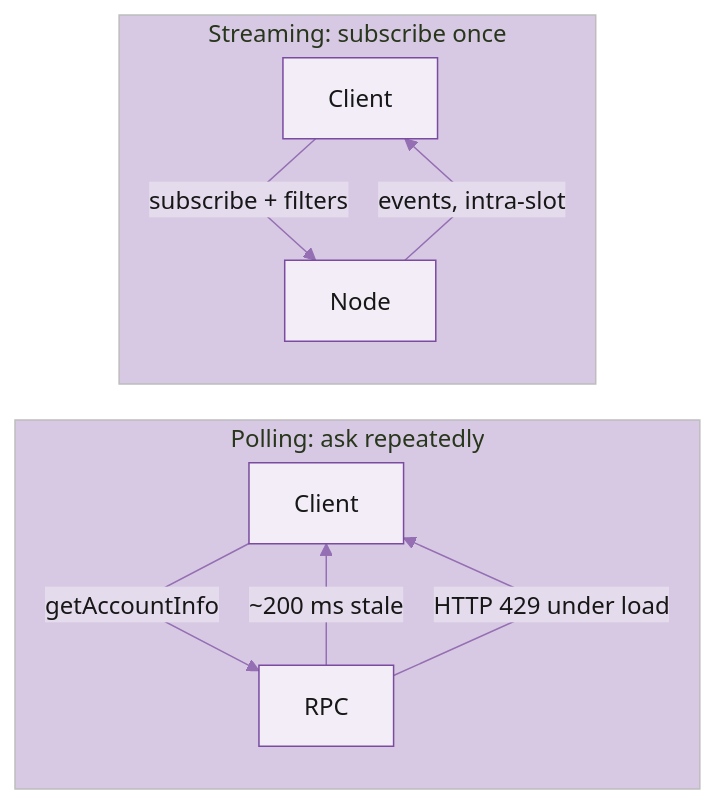
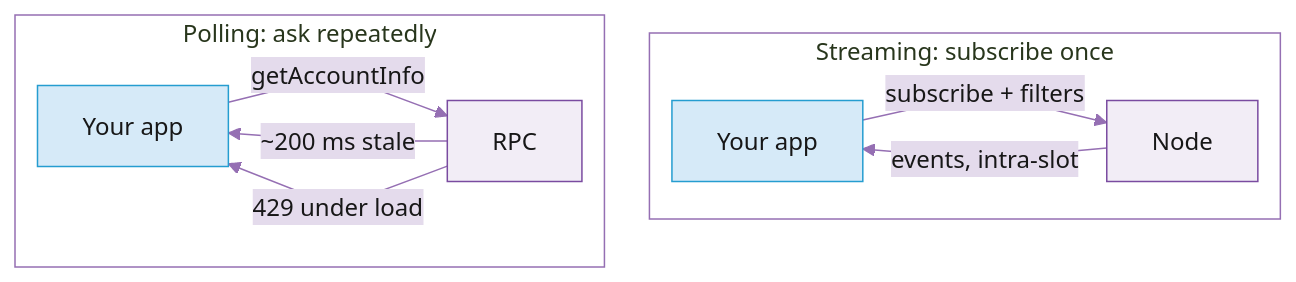
Before and after one commit to praptisharma28/triton-docs-v5: the diagram in documentation/real-time-streaming.md, drawn with Mermaid. The commit also changed 1 other file, not shown here.

Commit message:
Streaming diagram: match historical style (palette, blue 'Your app' boxes), side-by-side subgraphs via invisible link, transparent containers; drop text-color override on both diagrams' blue boxes

````diff
--- a/documentation/real-time-streaming.md
+++ b/documentation/real-time-streaming.md
@@ -17,15 +17,18 @@
 ```mermaid
-%%{init: {'theme':'base','themeVariables':{'primaryColor':'#F2EDF6','primaryBorderColor':'#7A4BA0','primaryTextColor':'#171717','lineColor':'#956FB3','secondaryColor':'#E4DBEC','tertiaryColor':'#D7C9E3'},'flowchart':{'nodeSpacing':24,'rankSpacing':32,'curve':'linear'}}}%%
+%%{init: {'theme':'base','themeVariables':{'primaryColor':'#F2EDF6','primaryBorderColor':'#7A4BA0','primaryTextColor':'#171717','lineColor':'#956FB3','secondaryColor':'#E4DBEC','tertiaryColor':'#D7C9E3'},'flowchart':{'nodeSpacing':22,'rankSpacing':30,'curve':'linear'}}}%%
 flowchart LR
     subgraph poll["Polling: ask repeatedly"]
-        direction TB
-        pc["Client"] -->|"getAccountInfo"| pr["RPC"]
+        pc["Your app"] -->|"getAccountInfo"| pr["RPC"]
         pr -->|"~200 ms stale"| pc
-        pr -->|"HTTP 429 under load"| pc
+        pr -->|"429 under load"| pc
     end
     subgraph stream["Streaming: subscribe once"]
-        direction TB
-        sc["Client"] -->|"subscribe + filters"| sr["Node"]
+        sc["Your app"] -->|"subscribe + filters"| sr["Node"]
         sr -->|"events, intra-slot"| sc
     end
+    pr ~~~ sc
+    style poll fill:none,stroke:#956FB3
+    style stream fill:none,stroke:#956FB3
+    style pc fill:#D6EAF8,stroke:#259DD0
+    style sc fill:#D6EAF8,stroke:#259DD0
 ```
````
